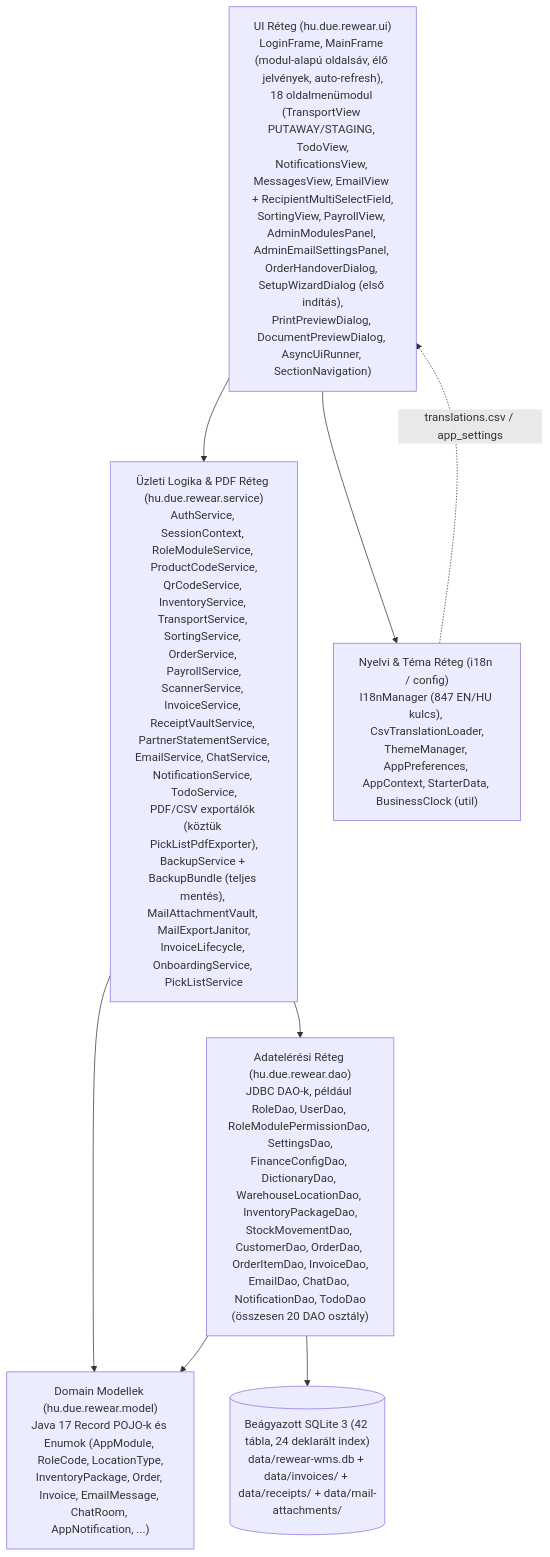
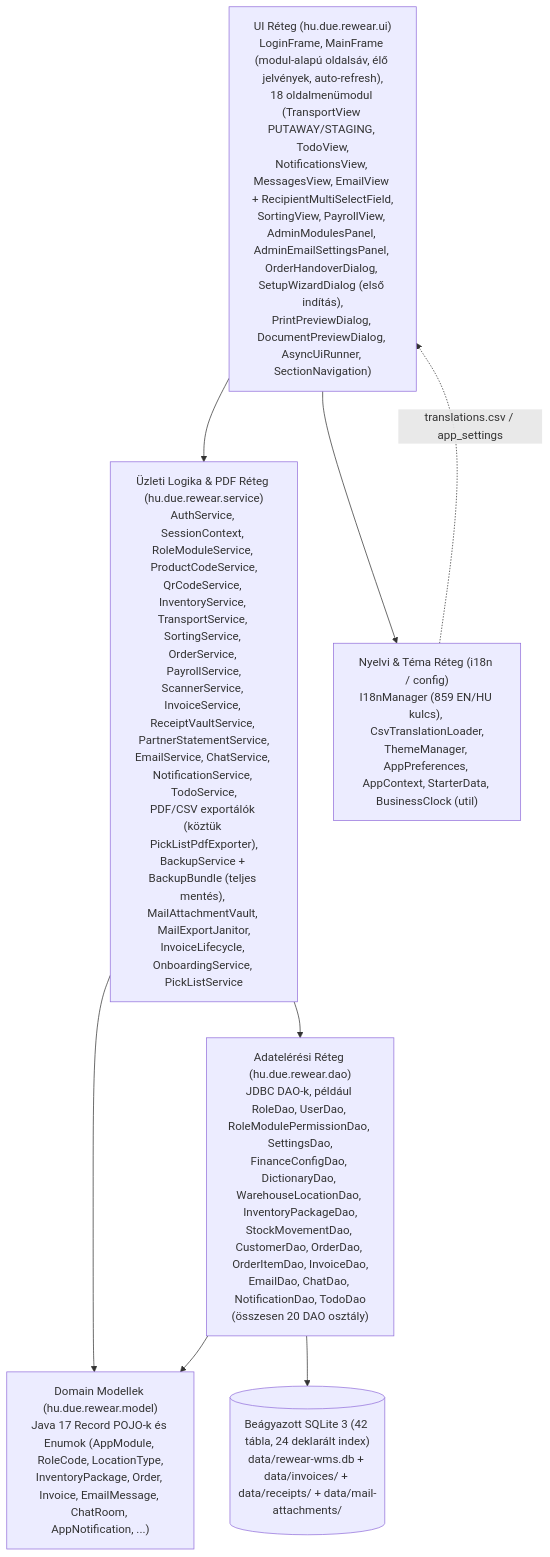
The first of 8 diagrams in docs/Programterv.md (attilaczudor/due-prog-03), drawn with Mermaid before and after one commit. The commit also changed other lines of this file and 16 other files, not shown here.

````diff
--- a/docs/Programterv.md
+++ b/docs/Programterv.md
@@ -11,17 +11,17 @@
 ```mermaid
 flowchart TD
     UI["UI Réteg (hu.due.rewear.ui)<br/>LoginFrame, MainFrame (modul-alapú oldalsáv, élő jelvények, auto-refresh),<br/>18 oldalmenümodul (TransportView PUTAWAY/STAGING, TodoView,<br/>NotificationsView, MessagesView, EmailView + RecipientMultiSelectField,<br/>SortingView, PayrollView, AdminModulesPanel, AdminEmailSettingsPanel, OrderHandoverDialog, SetupWizardDialog (első indítás),<br/>PrintPreviewDialog, DocumentPreviewDialog, AsyncUiRunner, SectionNavigation)"]
     SVC["Üzleti Logika & PDF Réteg (hu.due.rewear.service)<br/>AuthService, SessionContext, RoleModuleService, ProductCodeService,<br/>QrCodeService, InventoryService, TransportService, SortingService, OrderService, PayrollService,<br/>ScannerService, InvoiceService, ReceiptVaultService, PartnerStatementService,<br/>EmailService, ChatService, NotificationService, TodoService,<br/>PDF/CSV exportálók (köztük PickListPdfExporter),<br/>BackupService + BackupBundle (teljes mentés), MailAttachmentVault, MailExportJanitor,<br/>InvoiceLifecycle, OnboardingService, PickListService"]
-    I18N["Nyelvi & Téma Réteg (i18n / config)<br/>I18nManager (847 EN/HU kulcs), CsvTranslationLoader,<br/>ThemeManager, AppPreferences, AppContext, StarterData, BusinessClock (util)"]
+    I18N["Nyelvi & Téma Réteg (i18n / config)<br/>I18nManager (859 EN/HU kulcs), CsvTranslationLoader,<br/>ThemeManager, AppPreferences, AppContext, StarterData, BusinessClock (util)"]
     DAO["Adatelérési Réteg (hu.due.rewear.dao)<br/>JDBC DAO-k, például RoleDao, UserDao, RoleModulePermissionDao, SettingsDao,<br/>FinanceConfigDao, DictionaryDao, WarehouseLocationDao, InventoryPackageDao,<br/>StockMovementDao, CustomerDao, OrderDao, OrderItemDao, InvoiceDao,<br/>EmailDao, ChatDao, NotificationDao, TodoDao<br/>(összesen 20 DAO osztály)"]
     MODEL["Domain Modellek (hu.due.rewear.model)<br/>Java 17 Record POJO-k és Enumok (AppModule, RoleCode, LocationType,<br/>InventoryPackage, Order, Invoice, EmailMessage, ChatRoom, AppNotification, ...)"]
     DB[("Beágyazott SQLite 3 (42 tábla, 24 deklarált index)<br/>data/rewear-wms.db + data/invoices/ + data/receipts/ + data/mail-attachments/")]
 
     UI --> SVC
     UI --> I18N
     SVC --> DAO
     SVC --> MODEL
     DAO --> MODEL
     DAO --> DB
     I18N -.->|"translations.csv / app_settings"| UI
 ```
````
